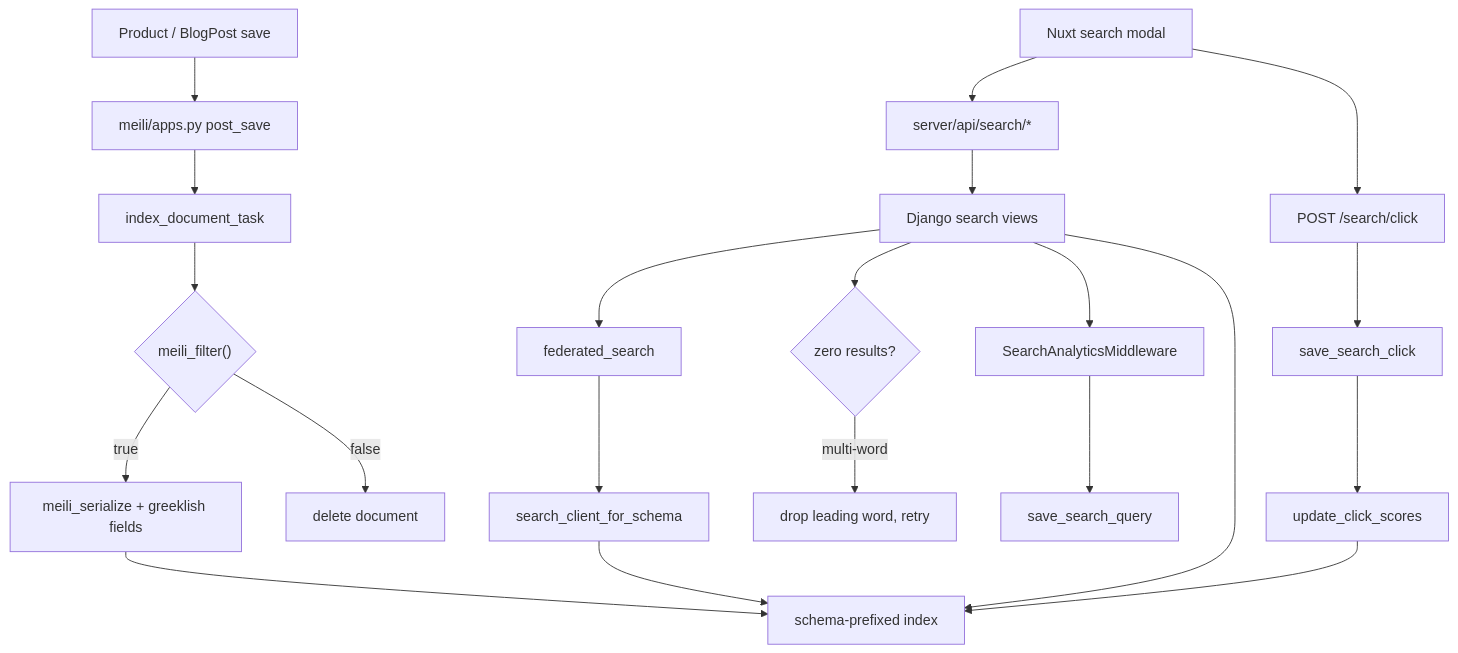
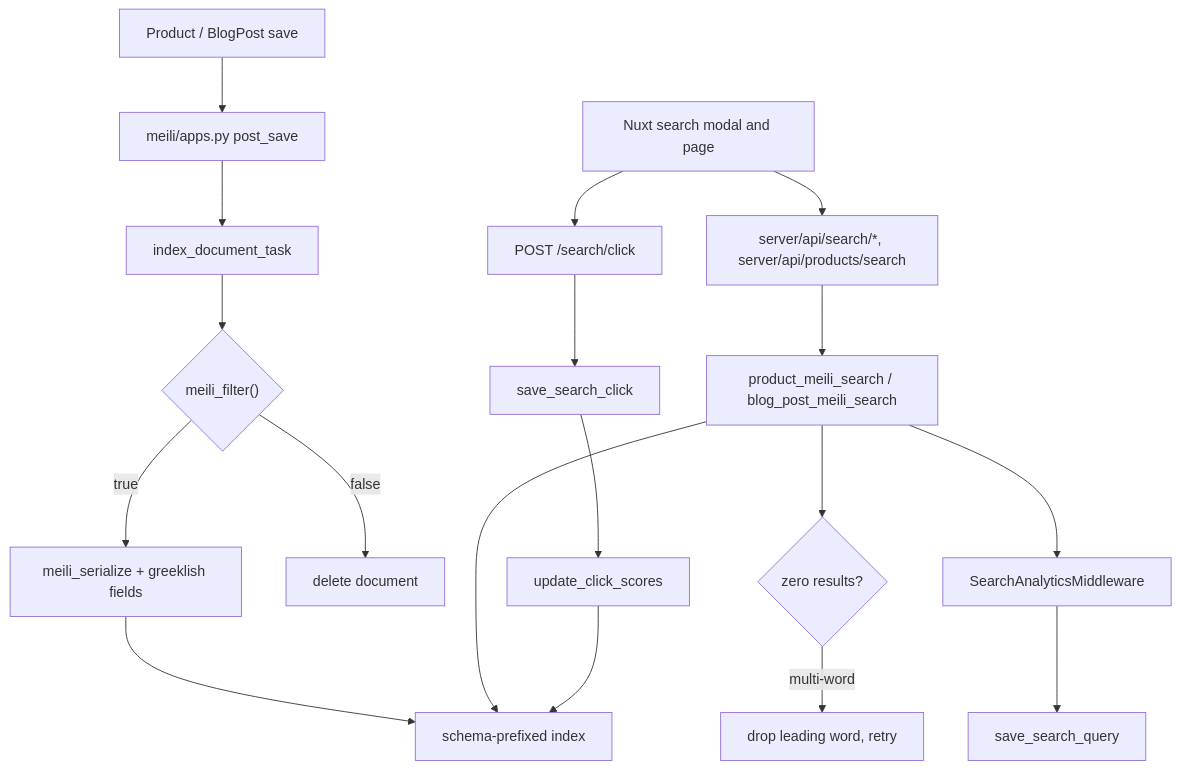
Before and after one commit to vasilistotskas/grooveshop-docs: the diagram in src/dev/flows/search.md, drawn with Mermaid. The commit also changed other lines of this file and 2 other files, not shown here.

First line of the commit message:
docs(dev): the search flow without the federated endpoint

````diff
--- a/src/dev/flows/search.md
+++ b/src/dev/flows/search.md
@@ -21,24 +21,21 @@
 ```mermaid
 flowchart TD
   Save["Product / BlogPost save"] --> Sig["meili/apps.py post_save"]
   Sig --> Task["index_document_task"]
   Task --> Filt{"meili_filter()"}
   Filt -- "true" --> Ser["meili_serialize + greeklish fields"]
   Filt -- "false" --> Del["delete document"]
   Ser --> Idx["schema-prefixed index"]
 
-  UI["Nuxt search modal"] --> NR["server/api/search/*"]
-  NR --> DV["Django search views"]
-  DV --> Fed["federated_search"]
-  Fed --> Scoped["search_client_for_schema"]
-  Scoped --> Idx
+  UI["Nuxt search modal and page"] --> NR["server/api/search/*, server/api/products/search"]
+  NR --> DV["product_meili_search / blog_post_meili_search"]
   DV --> Idx
   DV --> Retry{"zero results?"}
   Retry -- "multi-word" --> Relax["drop leading word, retry"]
   DV --> MW["SearchAnalyticsMiddleware"]
   MW --> Q["save_search_query"]
   UI --> Click["POST /search/click"]
   Click --> C["save_search_click"]
   C --> Score["update_click_scores"]
   Score --> Idx
 ```
````
